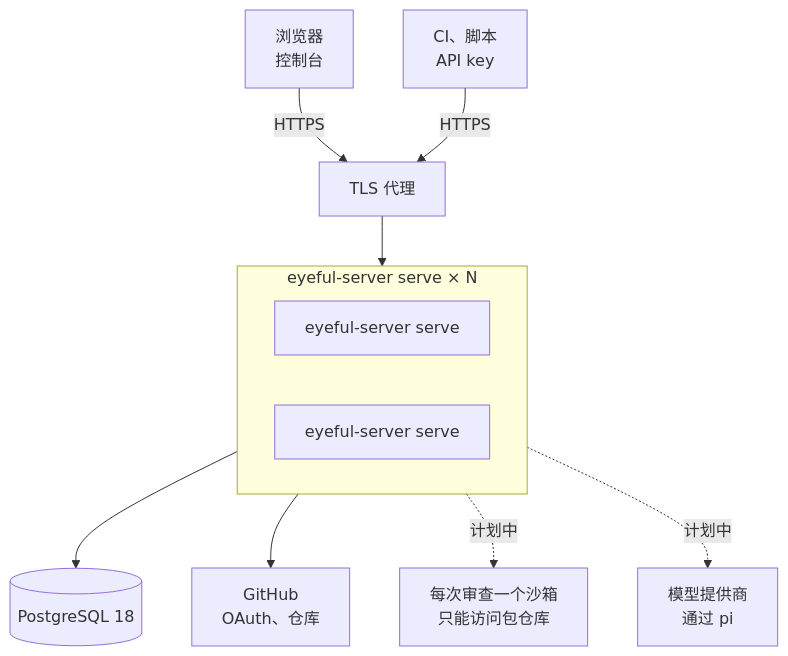
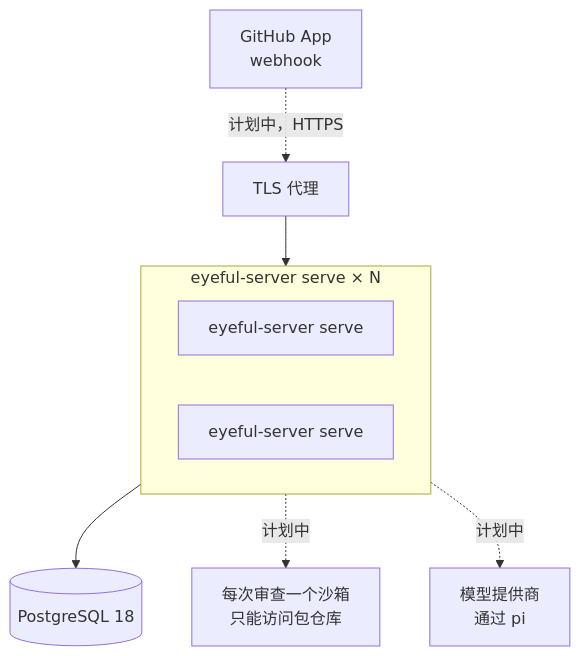
One commit to Pleasurecruise/eyeful changed the first of 2 diagrams in docs/zh/cloud/DEPLOYMENT.md. Above: the diagram before and after it, drawn with Mermaid. The commit also changed other lines of this file and 190 other files, not shown here.

````diff
--- a/docs/zh/cloud/DEPLOYMENT.md
+++ b/docs/zh/cloud/DEPLOYMENT.md
@@ -21,14 +21,12 @@
 ```mermaid
 flowchart TB
-    browser["浏览器<br/>控制台"] -->|HTTPS| proxy["TLS 代理"]
-    scripts["CI、脚本<br/>API key"] -->|HTTPS| proxy
+    gh["GitHub App<br/>webhook"] -.->|计划中，HTTPS| proxy["TLS 代理"]
     proxy --> servers
     subgraph servers["eyeful-server serve × N"]
         s1["eyeful-server serve"]
         s2["eyeful-server serve"]
     end
     servers --> pg[("PostgreSQL 18")]
-    servers --> gh["GitHub<br/>OAuth、仓库"]
     servers -.->|计划中| sandbox["每次审查一个沙箱<br/>只能访问包仓库"]
     servers -.->|计划中| models["模型提供商<br/>通过 pi"]
 ```
````
